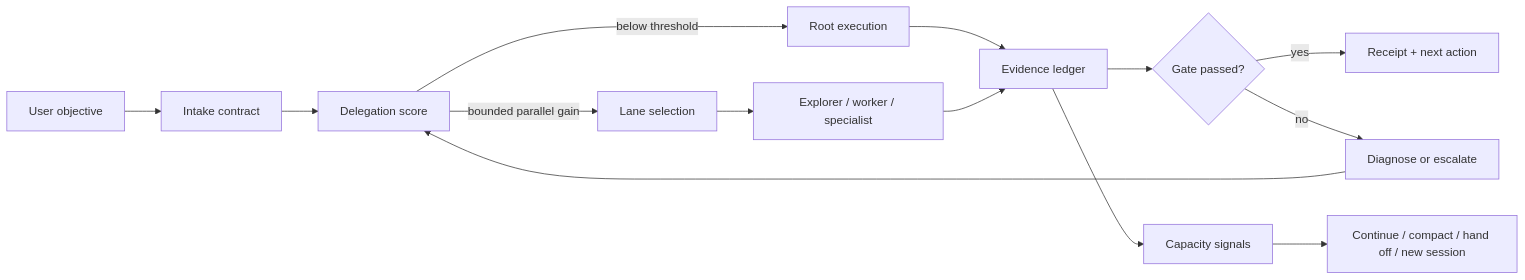
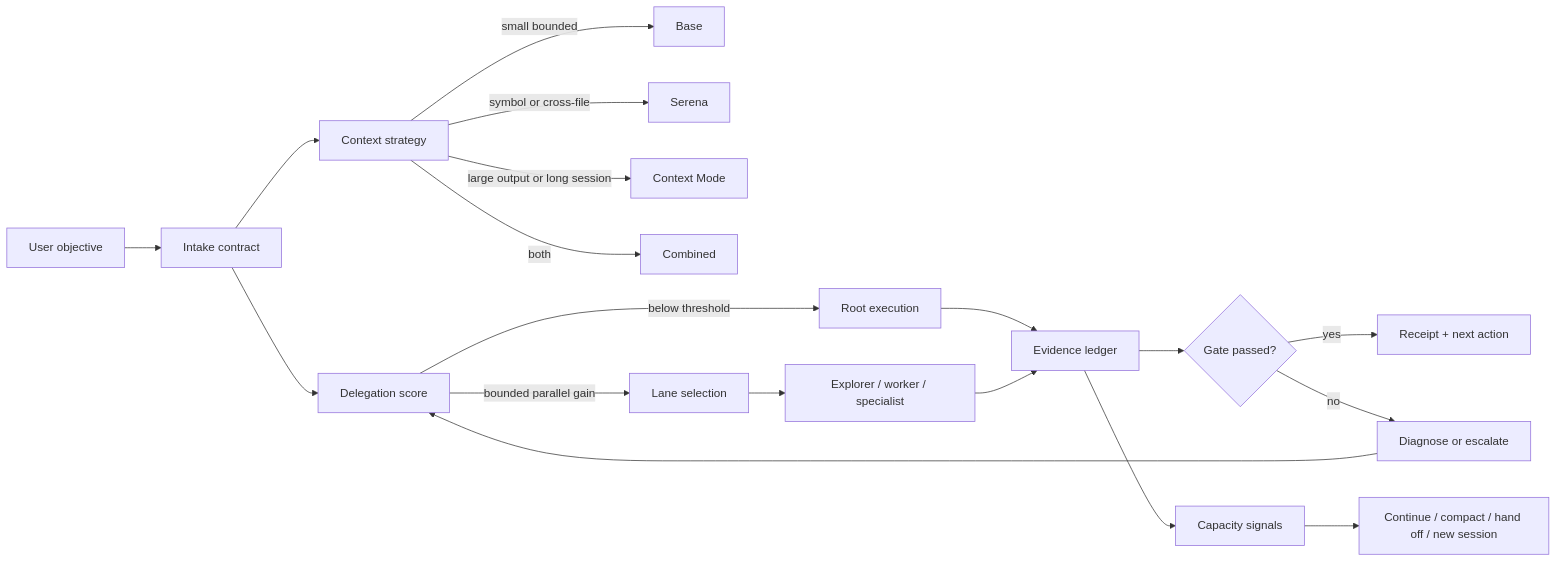
The diagram in docs/architecture.md (IamYGT/ygt-harness-router), drawn with Mermaid before and after one commit. The commit also changed other lines of this file and 5 other files, not shown here.

````diff
--- a/docs/architecture.md
+++ b/docs/architecture.md
@@ -8,16 +8,21 @@
 ```mermaid
 flowchart LR
     A[User objective] --> B[Intake contract]
     B --> C[Delegation score]
+    B --> M[Context strategy]
+    M -->|small bounded| N[Base]
+    M -->|symbol or cross-file| O[Serena]
+    M -->|large output or long session| P[Context Mode]
+    M -->|both| Q[Combined]
     C -->|below threshold| D[Root execution]
     C -->|bounded parallel gain| E[Lane selection]
     E --> F[Explorer / worker / specialist]
     D --> G[Evidence ledger]
     F --> G
     G --> H{Gate passed?}
     H -->|yes| I[Receipt + next action]
     H -->|no| J[Diagnose or escalate]
     J --> C
     G --> K[Capacity signals]
     K --> L[Continue / compact / hand off / new session]
 ```
````
